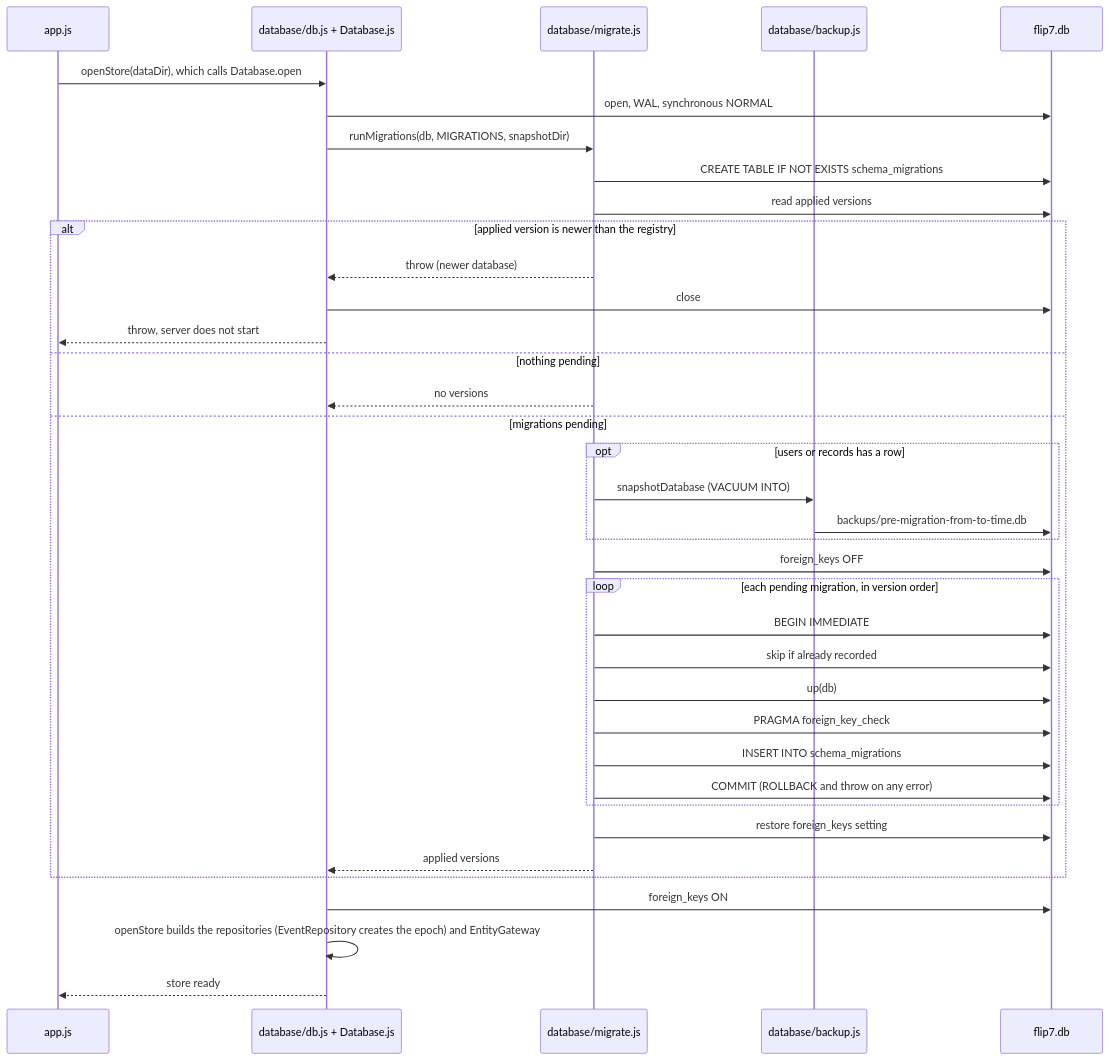
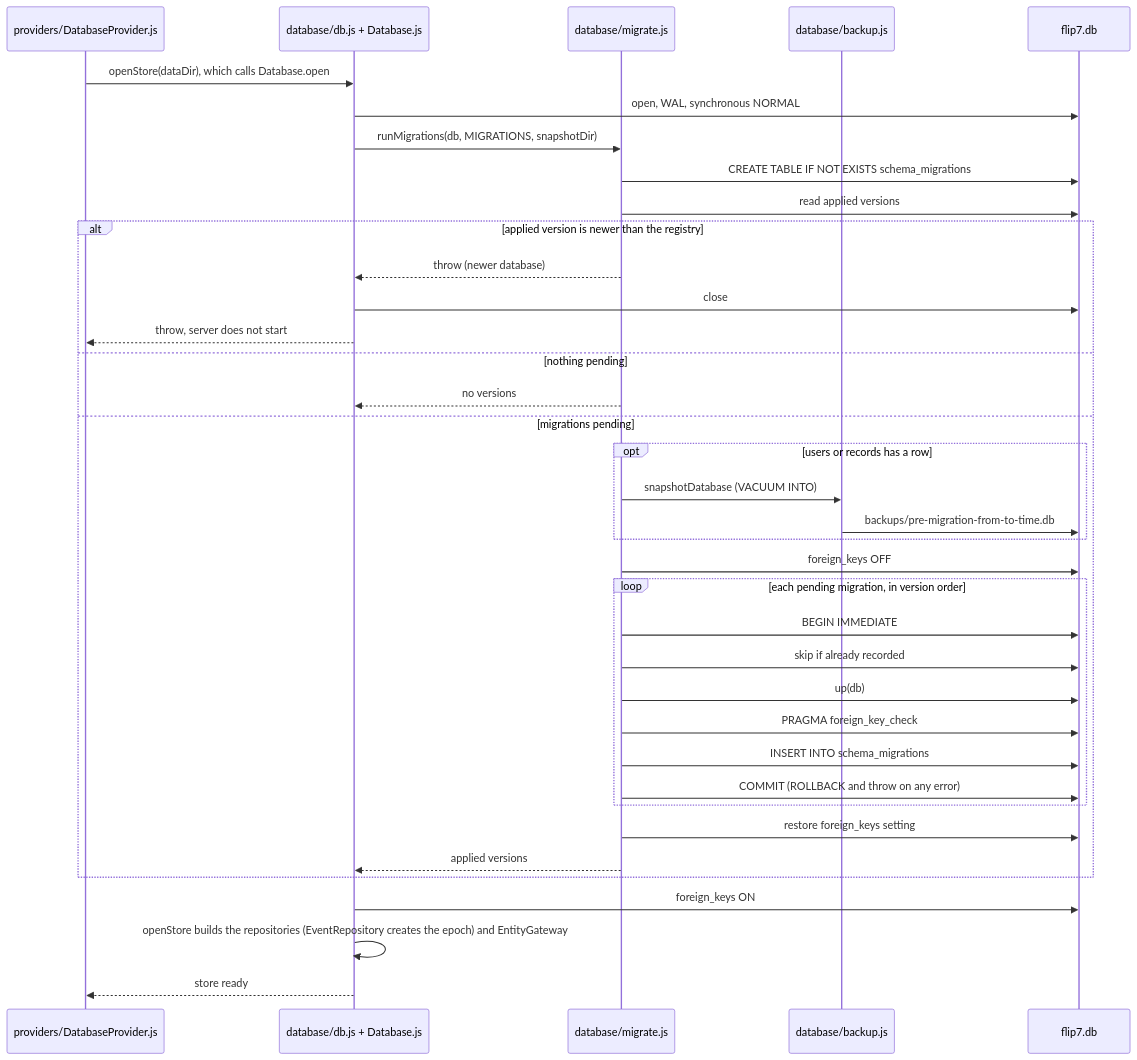
Before and after one commit to ruttyj/FlipShowdown: the fourth of 5 diagrams in docs/database.md, drawn with Mermaid. The commit also changed 29 other files, not shown here.

First line of the commit message:
Compose the server from an App container and providers

````diff
--- a/docs/database.md
+++ b/docs/database.md
@@ -329,40 +329,40 @@
 ```mermaid
 sequenceDiagram
-    participant App as app.js
+    participant App as providers/DatabaseProvider.js
     participant Db as database/db.js + Database.js
     participant Runner as database/migrate.js
     participant Backup as database/backup.js
     participant File as flip7.db
 
     App->>Db: openStore(dataDir), which calls Database.open
     Db->>File: open, WAL, synchronous NORMAL
     Db->>Runner: runMigrations(db, MIGRATIONS, snapshotDir)
     Runner->>File: CREATE TABLE IF NOT EXISTS schema_migrations
     Runner->>File: read applied versions
     alt applied version is newer than the registry
         Runner-->>Db: throw (newer database)
         Db->>File: close
         Db-->>App: throw, server does not start
     else nothing pending
         Runner-->>Db: no versions
     else migrations pending
         opt users or records has a row
             Runner->>Backup: snapshotDatabase (VACUUM INTO)
             Backup->>File: backups/pre-migration-from-to-time.db
         end
         Runner->>File: foreign_keys OFF
         loop each pending migration, in version order
             Runner->>File: BEGIN IMMEDIATE
             Runner->>File: skip if already recorded
             Runner->>File: up(db)
             Runner->>File: PRAGMA foreign_key_check
             Runner->>File: INSERT INTO schema_migrations
             Runner->>File: COMMIT (ROLLBACK and throw on any error)
         end
         Runner->>File: restore foreign_keys setting
         Runner-->>Db: applied versions
     end
     Db->>File: foreign_keys ON
     Db->>Db: openStore builds the repositories (EventRepository creates the epoch) and EntityGateway
     Db-->>App: store ready
 ```
````
